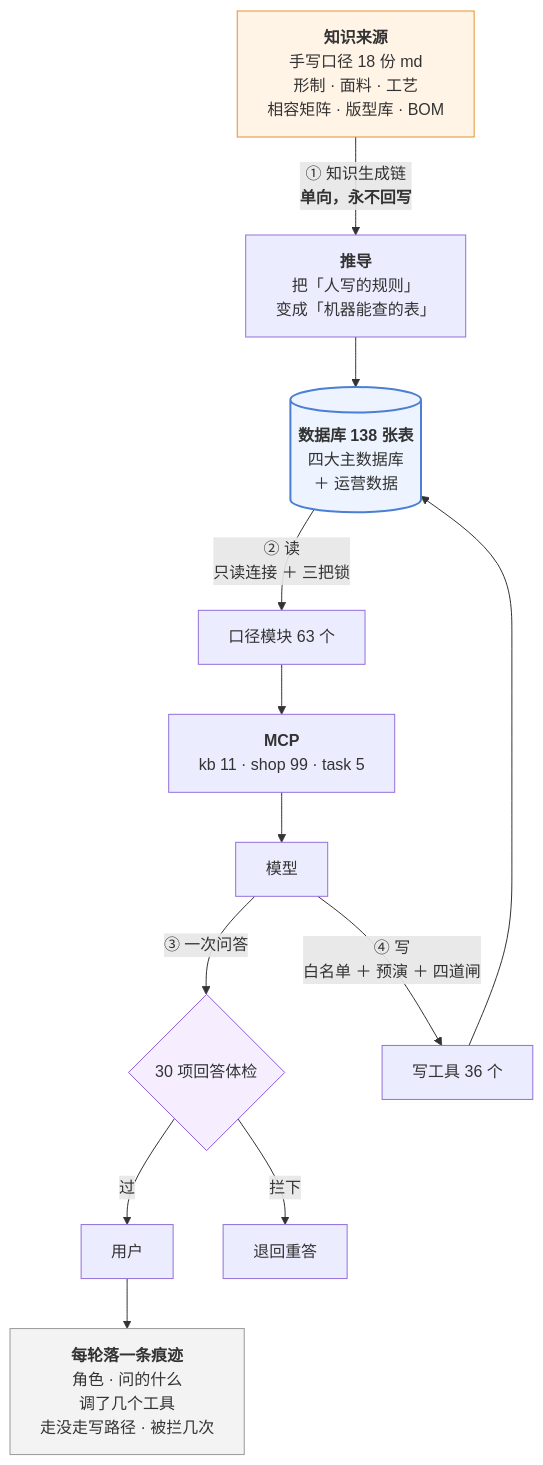
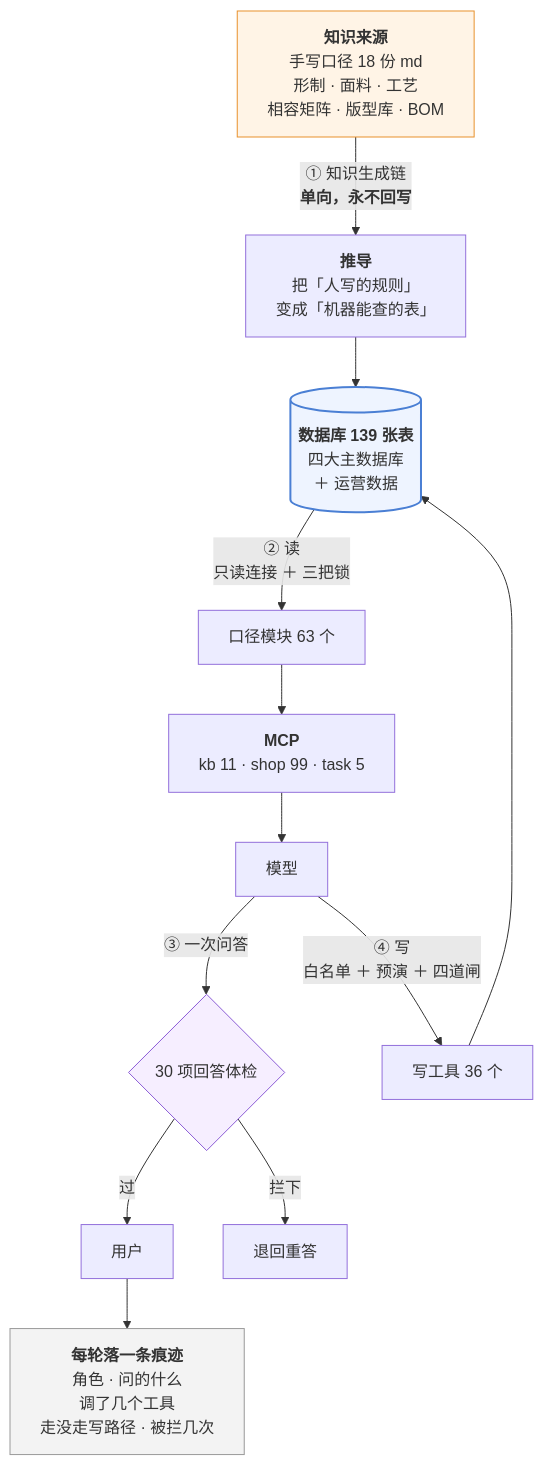
The third of 3 diagrams in 澜绣云裳agent-产品说明.md (843773296-rgb/lanxiu-yunshang-agent), drawn with Mermaid before and after one commit. The commit also changed other lines of this file and 18 other files, not shown here.

````diff
--- a/澜绣云裳agent-产品说明.md
+++ b/澜绣云裳agent-产品说明.md
@@ -1159,24 +1159,24 @@
 ```mermaid
 flowchart TD
     MD["<b>知识来源</b><br/>手写口径 18 份 md<br/>形制 · 面料 · 工艺<br/>相容矩阵 · 版型库 · BOM"]
     MD -->|"① 知识生成链<br/><b>单向，永不回写</b>"| DV["<b>推导</b><br/>把「人写的规则」<br/>变成「机器能查的表」"]
-    DV --> DB[("<b>数据库 138 张表</b><br/>四大主数据库<br/>＋ 运营数据")]
+    DV --> DB[("<b>数据库 139 张表</b><br/>四大主数据库<br/>＋ 运营数据")]
 
     DB -->|"② 读<br/>只读连接 ＋ 三把锁"| KJ["口径模块 63 个"]
     KJ --> MCP["<b>MCP</b><br/>kb 11 · shop 99 · task 5"]
     MCP --> LLM["模型"]
 
     LLM -->|"③ 一次问答"| GD{"30 项回答体检"}
     GD -- 过 --> U["用户"]
     GD -- 拦下 --> RE["退回重答"]
 
     LLM -->|"④ 写<br/>白名单 ＋ 预演 ＋ 四道闸"| W["写工具 36 个"]
     W --> DB
 
     U --> TR["<b>每轮落一条痕迹</b><br/>角色 · 问的什么<br/>调了几个工具<br/>走没走写路径 · 被拦几次"]
 
     style MD fill:#fff4e6,stroke:#e8912d
     style DB fill:#eef4ff,stroke:#4a7fd4,stroke-width:2px
     style GD fill:#f6eeff,stroke:#8b5cd6
     style TR fill:#f3f3f3,stroke:#999
 ```
````
